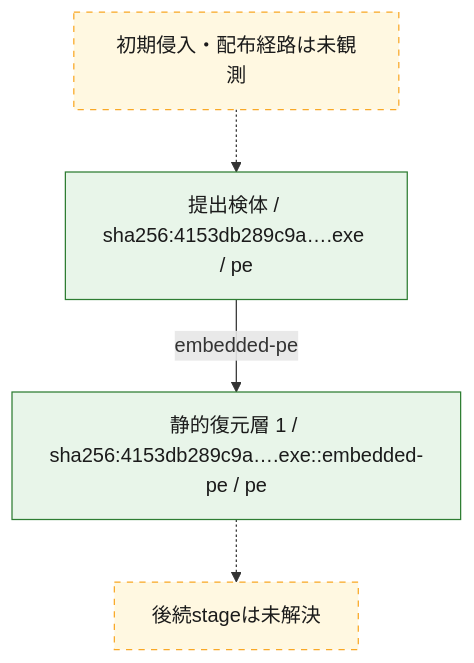
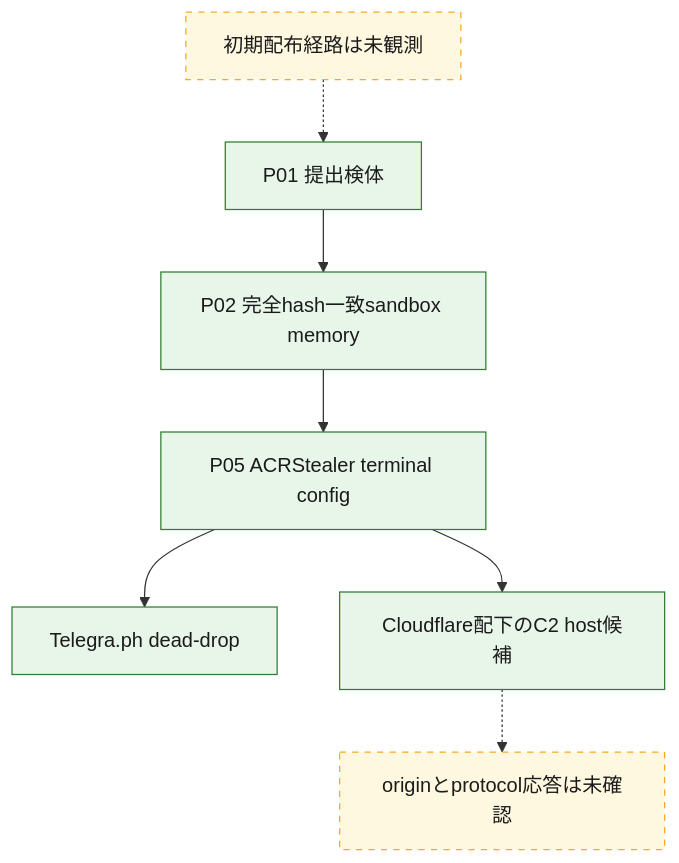
Before and after one commit to proshiba/AI-security-analysis: the second of 3 diagrams in analysis-results/malware/stealc/versions/unknown/cases/4153db289c9a3de57845890aadeec7951fcf5516fd39f25c6d8c3e42fc21f801/OVERALL-LOGIC.md, drawn with Mermaid. The commit also changed other lines of this file and 280 other files, not shown here.

````diff
--- a/analysis-results/malware/stealc/versions/unknown/cases/4153db289c9a3de57845890aadeec7951fcf5516fd39f25c6d8c3e42fc21f801/OVERALL-LOGIC.md
+++ b/analysis-results/malware/stealc/versions/unknown/cases/4153db289c9a3de57845890aadeec7951fcf5516fd39f25c6d8c3e42fc21f801/OVERALL-LOGIC.md
@@ -29,15 +31,13 @@
 ```mermaid
 flowchart TD
-  chain_initial["初期侵入・配布経路は未観測"]
-  chain_01["提出検体 / sha256:4153db289c9a….exe / pe"]
-  chain_02["静的復元層 1 / sha256:4153db289c9a….exe::embedded-pe / pe"]
-  chain_01 -->|embedded-pe| chain_02
-  chain_initial -.-> chain_01
-  chain_unknown["後続stageは未解決"]
-  chain_02 -.-> chain_unknown
-  class chain_unknown unresolved
-  class chain_01,chain_02 confirmed
-  class chain_initial unresolved
+  c00["初期配布経路は未観測"] -.-> c01["P01 提出検体"]
+  c01 --> c02["P02 完全hash一致sandbox memory"]
+  c02 --> c03["P05 ACRStealer terminal config"]
+  c03 --> c04["Telegra.ph dead-drop"]
+  c03 --> c05["Cloudflare配下のC2 host候補"]
+  c05 -.-> c06["originとprotocol応答は未確認"]
+  class c01,c02,c03,c04,c05 confirmed
+  class c00,c06 unresolved
   classDef confirmed fill:#e8f5e9,stroke:#2e7d32,color:#1b1b1b
   classDef unresolved fill:#fff8e1,stroke:#f9a825,color:#1b1b1b,stroke-dasharray:5 5
 ```
````
